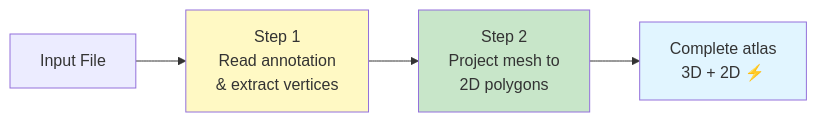
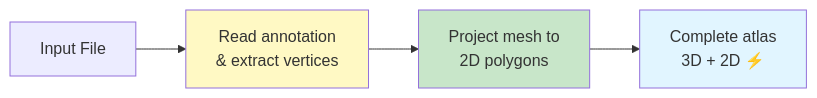
Before and after one commit to ggsegverse/ggseg.extra: the second of 6 diagrams in vignettes/atlas-workflows.qmd, drawn with Mermaid. The commit also changed other lines of this file and 3 other files, not shown here.

First line of the commit message:
docs: make atlas-workflows its diagrams, and make the diagrams true (#310)

````diff
--- a/vignettes/atlas-workflows.qmd
+++ b/vignettes/atlas-workflows.qmd
@@ -70,14 +60,14 @@
 ```{mermaid}
 %%| label: fig-cortical-fork
 %%| fig-width: 10
 %%| fig-cap: "Cortical atlas creation pipeline"
 %%| fig-alt: "Flowchart showing cortical atlas creation: step 1 reads annotation and extracts vertices, step 2 projects mesh triangles to 2D polygons, producing a complete atlas with both 3D and 2D data in seconds"
 flowchart LR
-    A[Input File] --> S1["Step 1<br/>Read annotation<br/>& extract vertices"]
-    S1 --> S2["Step 2<br/>Project mesh to<br/>2D polygons"]
+    A[Input File] --> S1["Read annotation<br/>& extract vertices"]
+    S1 --> S2["Project mesh to<br/>2D polygons"]
     S2 --> F[Complete atlas<br/>3D + 2D ⚡]
 
     style S1 fill:#fff9c4
     style S2 fill:#c8e6c9
     style F fill:#e1f5ff
 ```
````
